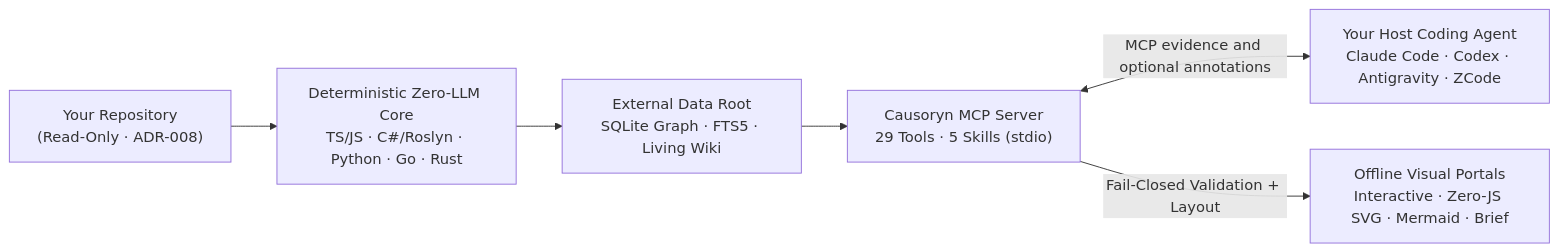
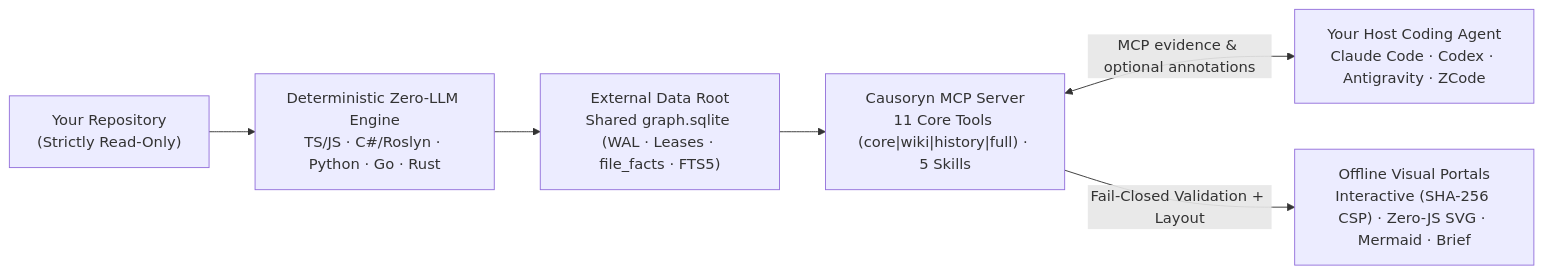
Before and after one commit to MrBekoX/Causoryn: the diagram in README.md, drawn with Mermaid. The commit also changed other lines of this file and 42 other files, not shown here.

Commit message:
feat(oss): complete Wave 3 (timeline fallback, packed-tarball Judge eval, English docs/CLI, TS CallSignature fix, LocAgent priority, zero-hydration summary)

````diff
--- a/README.md
+++ b/README.md
@@ -35,8 +37,8 @@
 ```mermaid
 flowchart LR
-  WS["Your Repository<br/>(Read-Only · ADR-008)"] --> AN["Deterministic Zero-LLM Core<br/>TS/JS · C#/Roslyn · Python · Go · Rust"]
-  AN --> DB["External Data Root<br/>SQLite Graph · FTS5 · Living Wiki"]
-  DB --> MCP["Causoryn MCP Server<br/>29 Tools · 5 Skills (stdio)"]
-  MCP <-->|"MCP evidence and optional annotations"| AGENT["Your Host Coding Agent<br/>Claude Code · Codex · Antigravity · ZCode"]
-  MCP -->|"Fail-Closed Validation + Layout"| PORTAL["Offline Visual Portals<br/>Interactive · Zero-JS SVG · Mermaid · Brief"]
+  WS["Your Repository<br/>(Strictly Read-Only)"] --> AN["Deterministic Zero-LLM Engine<br/>TS/JS · C#/Roslyn · Python · Go · Rust"]
+  AN --> DB["External Data Root<br/>Shared graph.sqlite (WAL · Leases · file_facts · FTS5)"]
+  DB --> MCP["Causoryn MCP Server<br/>11 Core Tools (core|wiki|history|full) · 5 Skills"]
+  MCP <-->|"MCP evidence & optional annotations"| AGENT["Your Host Coding Agent<br/>Claude Code · Codex · Antigravity · ZCode"]
+  MCP -->|"Fail-Closed Validation + Layout"| PORTAL["Offline Visual Portals<br/>Interactive (SHA-256 CSP) · Zero-JS SVG · Mermaid · Brief"]
 ```
````
